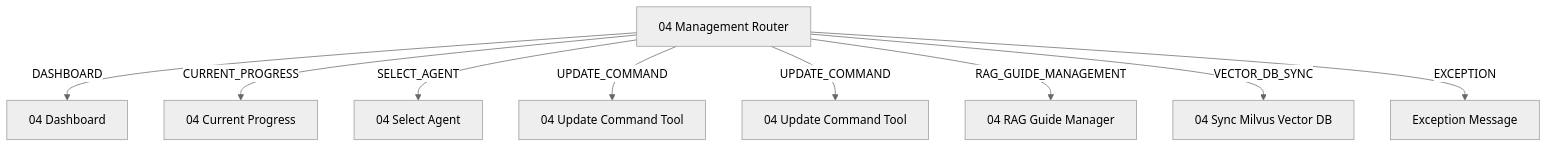
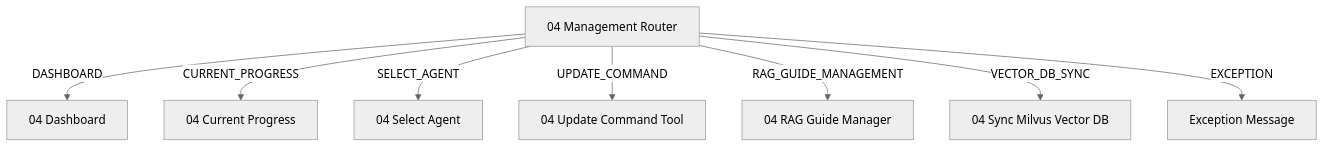
One commit to seongikjin227-jpg/refactoring_smartMigrate changed the third of 5 diagrams in smartMigrate_2.0_Langflow/00_guide/00_architecture_chapter2_chat_management.md. Above: the diagram before and after it, drawn with Mermaid (neutral theme). The commit also changed other lines of this file and 15 other files, not shown here.

````diff
--- a/smartMigrate_2.0_Langflow/00_guide/00_architecture_chapter2_chat_management.md
+++ b/smartMigrate_2.0_Langflow/00_guide/00_architecture_chapter2_chat_management.md
@@ -57,11 +57,10 @@
 ```mermaid
 flowchart TD
     M[04 Management Router] -->|DASHBOARD| DASH[04 Dashboard]
     M -->|CURRENT_PROGRESS| PROG[04 Current Progress]
     M -->|SELECT_AGENT| QA[04 Select Agent]
-    M -->|UPDATE_COMMAND| RESET[04 Update Command Tool]
-    M -->|UPDATE_COMMAND| CORRECT[04 Update Command Tool]
+    M -->|UPDATE_COMMAND| UPDATE[04 Update Command Tool]
     M -->|RAG_GUIDE_MANAGEMENT| RAG[04 RAG Guide Manager]
     M -->|VECTOR_DB_SYNC| VDB[04 Sync Milvus Vector DB]
     M -->|EXCEPTION| EX[Exception Message]
 ```
````
